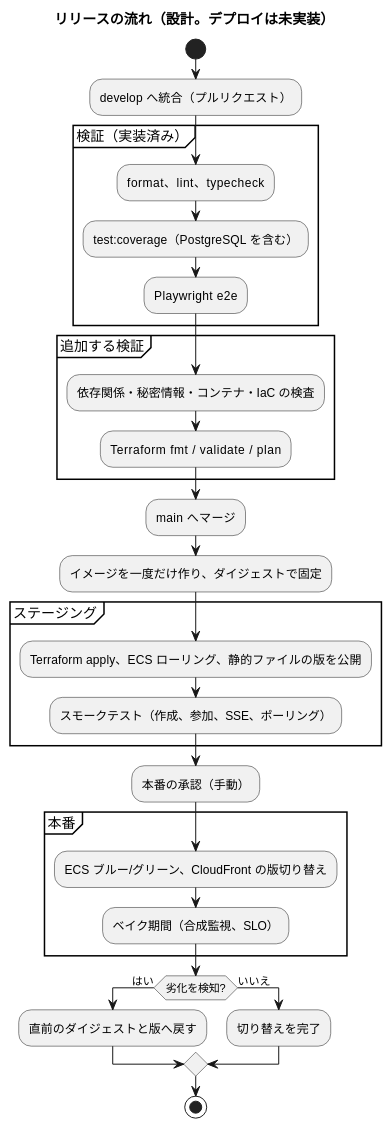
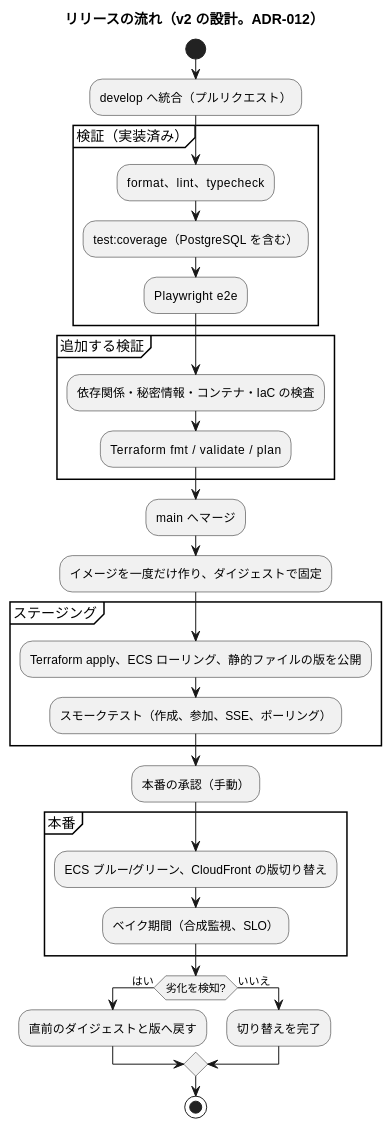
One commit to k2works/case-study-beer-game-simulation changed the second of 2 diagrams in docs/design/beer-game2/operation.md. Above: the diagram before and after it, drawn with PlantUML. The commit also changed other lines of this file and 5 other files, not shown here.

````diff
--- a/docs/design/beer-game2/operation.md
+++ b/docs/design/beer-game2/operation.md
@@ -204,34 +203,34 @@
 ```plantuml
 @startuml
-title リリースの流れ（設計。デプロイは未実装）
+title リリースの流れ（v2 の設計。ADR-012）
 
 start
 :develop へ統合（プルリクエスト）;
 partition "検証（実装済み）" {
   :format、lint、typecheck;
   :test:coverage（PostgreSQL を含む）;
   :Playwright e2e;
 }
 partition "追加する検証" {
   :依存関係・秘密情報・コンテナ・IaC の検査;
   :Terraform fmt / validate / plan;
 }
 :main へマージ;
 :イメージを一度だけ作り、ダイジェストで固定;
 partition "ステージング" {
   :Terraform apply、ECS ローリング、静的ファイルの版を公開;
   :スモークテスト（作成、参加、SSE、ポーリング）;
 }
 :本番の承認（手動）;
 partition "本番" {
   :ECS ブルー/グリーン、CloudFront の版切り替え;
   :ベイク期間（合成監視、SLO）;
 }
 if (劣化を検知?) then (はい)
   :直前のダイジェストと版へ戻す;
 else (いいえ)
   :切り替えを完了;
 endif
 stop
 @enduml
 ```
````
